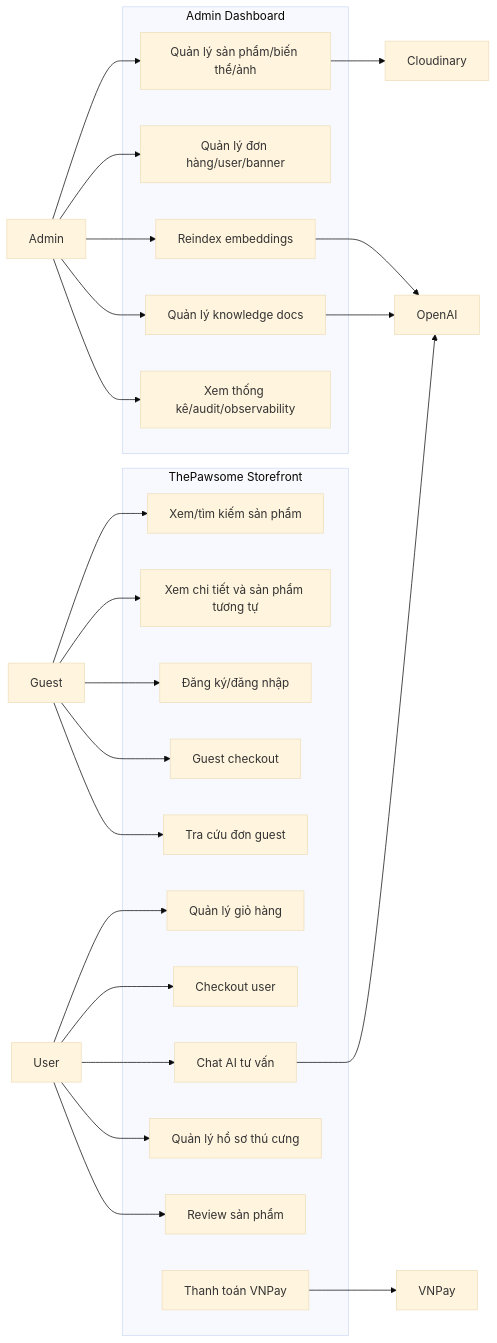
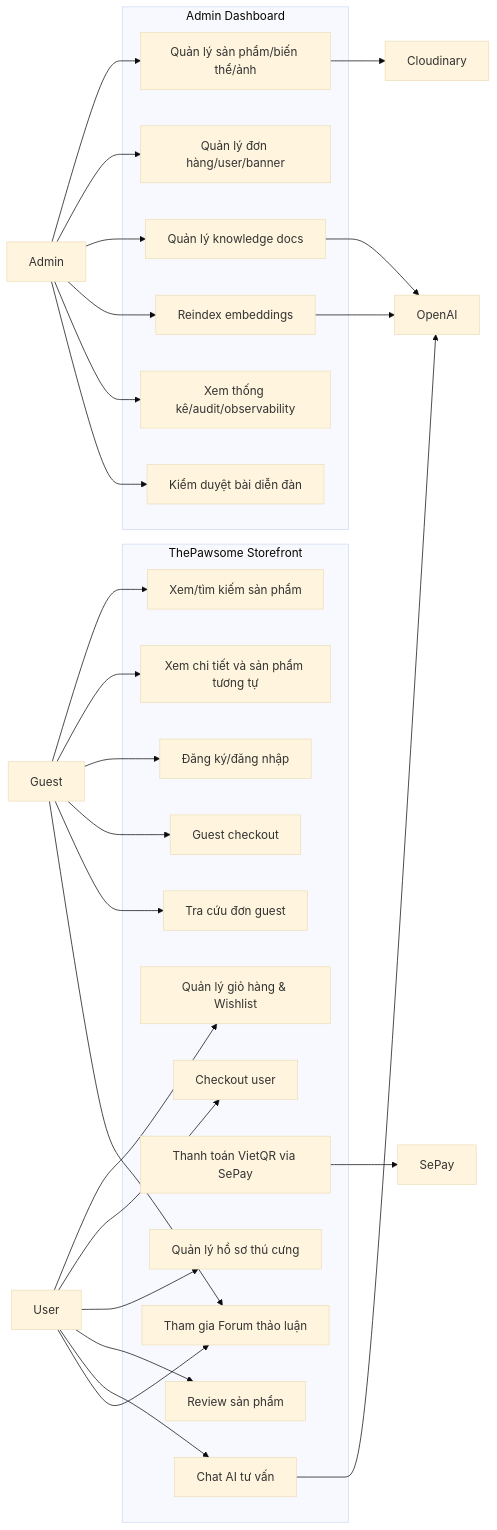
The first of 8 diagrams in report/bao-cao-do-an.md (quangliz/Petshop), drawn with Mermaid (base theme) before and after one commit. The commit also changed other lines of this file and 18 other files, not shown here.

````diff
--- a/report/bao-cao-do-an.md
+++ b/report/bao-cao-do-an.md
@@ -266,52 +261,57 @@
 ```mermaid
 flowchart LR
     Guest[Guest]
     User[User]
     Admin[Admin]
     OpenAI[OpenAI]
-    VNPay[VNPay]
+    SePay[SePay]
     Cloudinary[Cloudinary]
 
     subgraph Shop["ThePawsome Storefront"]
         UC1["Xem/tìm kiếm sản phẩm"]
         UC2["Xem chi tiết và sản phẩm tương tự"]
         UC3["Đăng ký/đăng nhập"]
         UC4["Guest checkout"]
         UC5["Tra cứu đơn guest"]
-        UC6["Quản lý giỏ hàng"]
+        UC6["Quản lý giỏ hàng & Wishlist"]
         UC7["Checkout user"]
-        UC8["Thanh toán VNPay"]
+        UC8["Thanh toán VietQR via SePay"]
         UC9["Quản lý hồ sơ thú cưng"]
         UC10["Review sản phẩm"]
         UC11["Chat AI tư vấn"]
+        UC17["Tham gia Forum thảo luận"]
     end
 
     subgraph AdminApp["Admin Dashboard"]
         UC12["Quản lý sản phẩm/biến thể/ảnh"]
         UC13["Quản lý đơn hàng/user/banner"]
         UC14["Quản lý knowledge docs"]
         UC15["Reindex embeddings"]
         UC16["Xem thống kê/audit/observability"]
+        UC18["Kiểm duyệt bài diễn đàn"]
     end
 
     Guest --> UC1
     Guest --> UC2
     Guest --> UC3
     Guest --> UC4
     Guest --> UC5
+    Guest --> UC17
     User --> UC6
     User --> UC7
     User --> UC9
     User --> UC10
     User --> UC11
+    User --> UC17
     Admin --> UC12
     Admin --> UC13
     Admin --> UC14
     Admin --> UC15
     Admin --> UC16
-    UC8 --> VNPay
+    Admin --> UC18
+    UC8 --> SePay
     UC11 --> OpenAI
     UC12 --> Cloudinary
     UC14 --> OpenAI
     UC15 --> OpenAI
 ```
````
